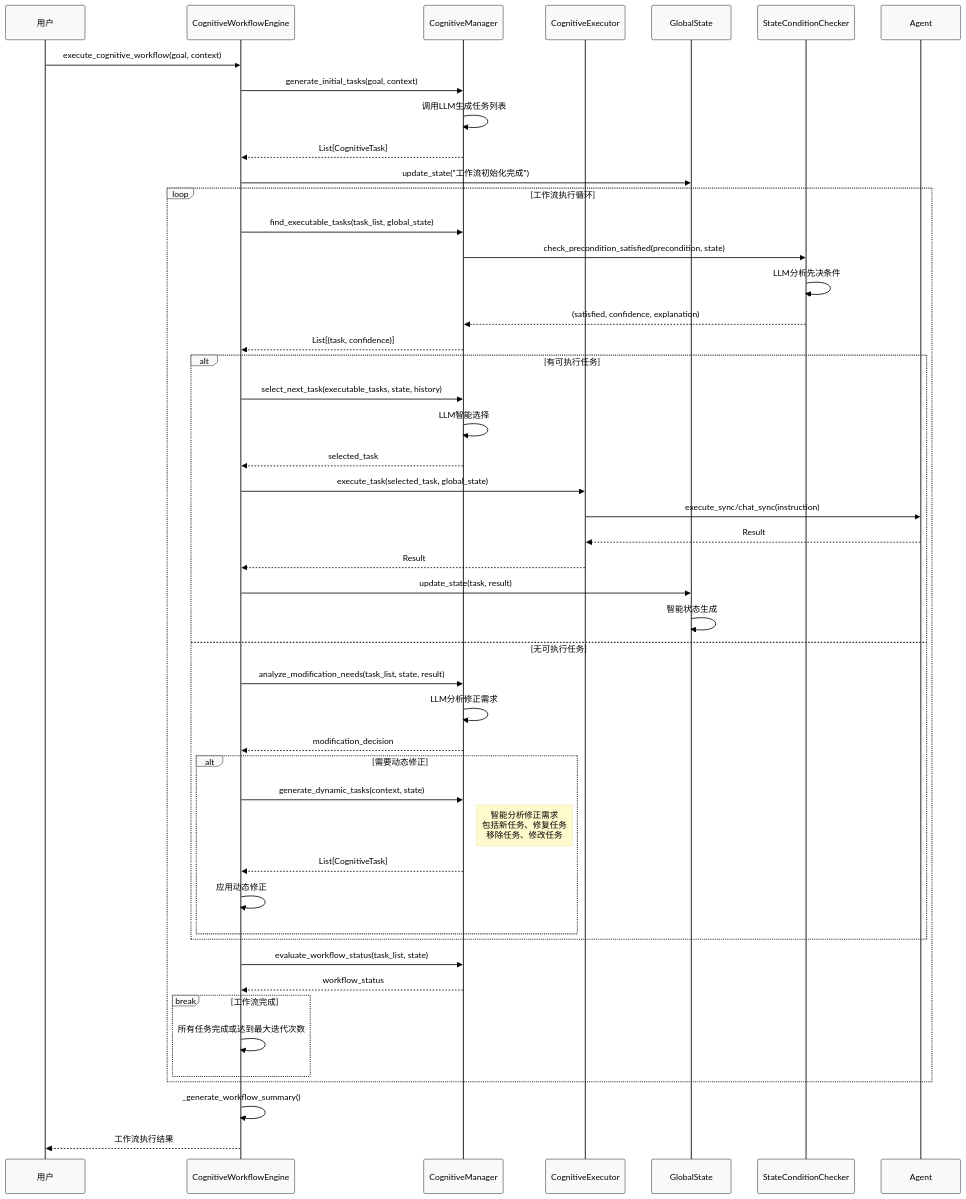
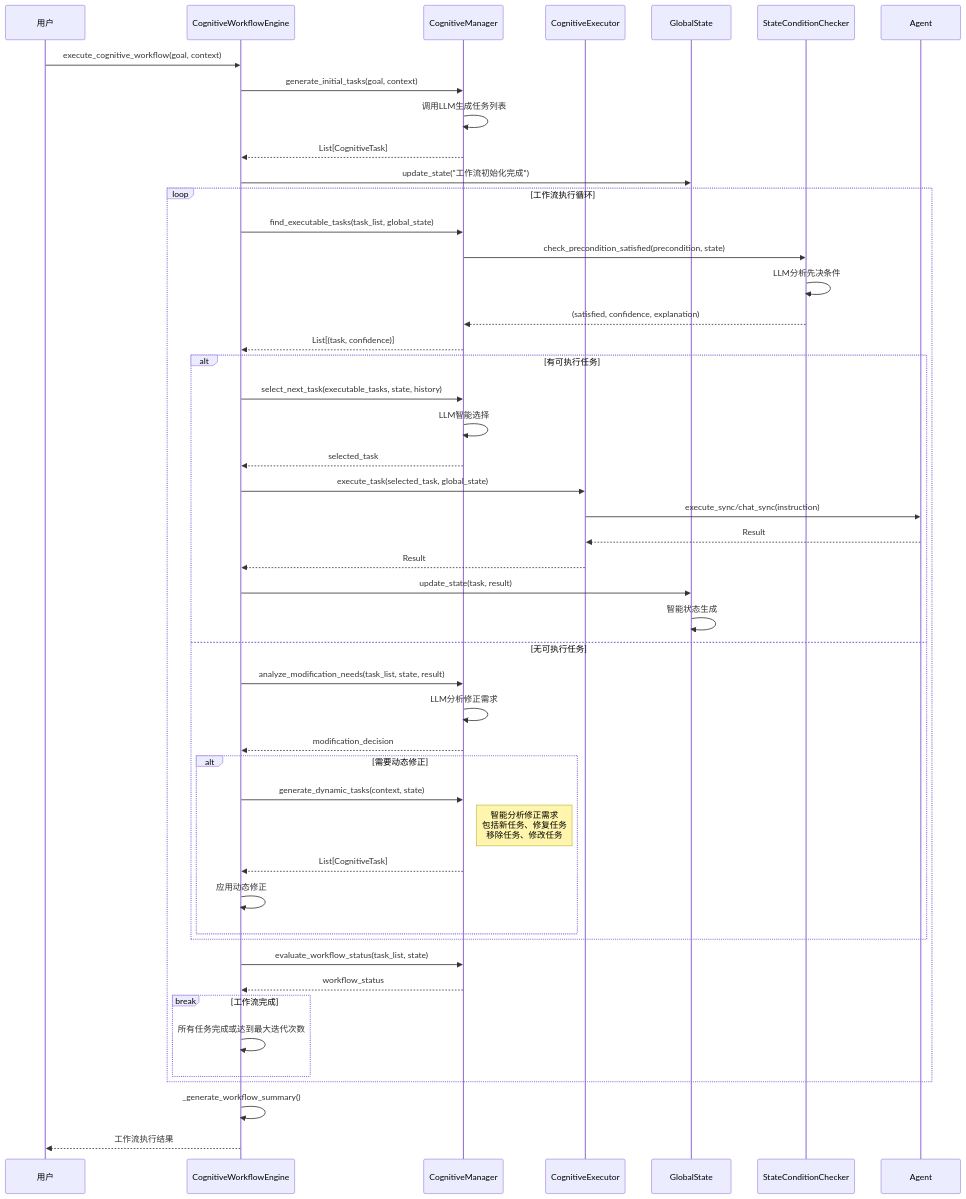
The sixth of 9 diagrams in CognitiveWorkflow/认知工作流系统架构文档.md (guci314/AgentFramework), drawn with Mermaid before and after one commit. The commit also changed other lines of this file and 745 other files, not shown here.

````diff
--- a/CognitiveWorkflow/认知工作流系统架构文档.md
+++ b/CognitiveWorkflow/认知工作流系统架构文档.md
@@ -228,62 +537,61 @@
 ```mermaid
-%%{init: {'theme': 'base', 'themeVariables': { 'primaryColor': '#ffffff', 'primaryTextColor': '#000000', 'primaryBorderColor': '#333333', 'lineColor': '#333333', 'actorBkg': '#f8f9fa', 'actorTextColor': '#000000', 'actorLineColor': '#333333', 'signalColor': '#000000', 'signalTextColor': '#000000', 'labelBoxBkgColor': '#f8f9fa', 'labelTextColor': '#000000', 'loopTextColor': '#000000', 'noteBkgColor': '#fffacd', 'noteTextColor': '#000000', 'activationBkgColor': '#e8f4f8', 'activationBorderColor': '#333333'}}}%%
 sequenceDiagram
     participant User as 用户
     participant Engine as CognitiveWorkflowEngine
     participant Manager as CognitiveManager
     participant Executor as CognitiveExecutor
     participant State as GlobalState
     participant Checker as StateConditionChecker
     participant Agent as Agent
     
     User->>Engine: execute_cognitive_workflow(goal, context)
     
     Engine->>Manager: generate_initial_tasks(goal, context)
     Manager->>Manager: 调用LLM生成任务列表
     Manager-->>Engine: List[CognitiveTask]
     
     Engine->>State: update_state("工作流初始化完成")
     
     loop 工作流执行循环
         Engine->>Manager: find_executable_tasks(task_list, global_state)
         Manager->>Checker: check_precondition_satisfied(precondition, state)
         Checker->>Checker: LLM分析先决条件
         Checker-->>Manager: (satisfied, confidence, explanation)
         Manager-->>Engine: List[(task, confidence)]
         
         alt 有可执行任务
             Engine->>Manager: select_next_task(executable_tasks, state, history)
             Manager->>Manager: LLM智能选择
             Manager-->>Engine: selected_task
             
             Engine->>Executor: execute_task(selected_task, global_state)
             Executor->>Agent: execute_sync/chat_sync(instruction)
             Agent-->>Executor: Result
             Executor-->>Engine: Result
             
             Engine->>State: update_state(task, result)
             State->>State: 智能状态生成
         else 无可执行任务
             Engine->>Manager: analyze_modification_needs(task_list, state, result)
             Manager->>Manager: LLM分析修正需求
             Manager-->>Engine: modification_decision
             
             alt 需要动态修正
                 Engine->>Manager: generate_dynamic_tasks(context, state)
                 note right of Manager: 智能分析修正需求<br/>包括新任务、修复任务<br/>移除任务、修改任务
                 Manager-->>Engine: List[CognitiveTask]
                 Engine->>Engine: 应用动态修正
             end
         end
         
         Engine->>Manager: evaluate_workflow_status(task_list, state)
         Manager-->>Engine: workflow_status
         
         break 工作流完成
             Engine->>Engine: 所有任务完成或达到最大迭代次数
         end
     end
     
     Engine->>Engine: _generate_workflow_summary()
     Engine-->>User: 工作流执行结果
 ```
````
